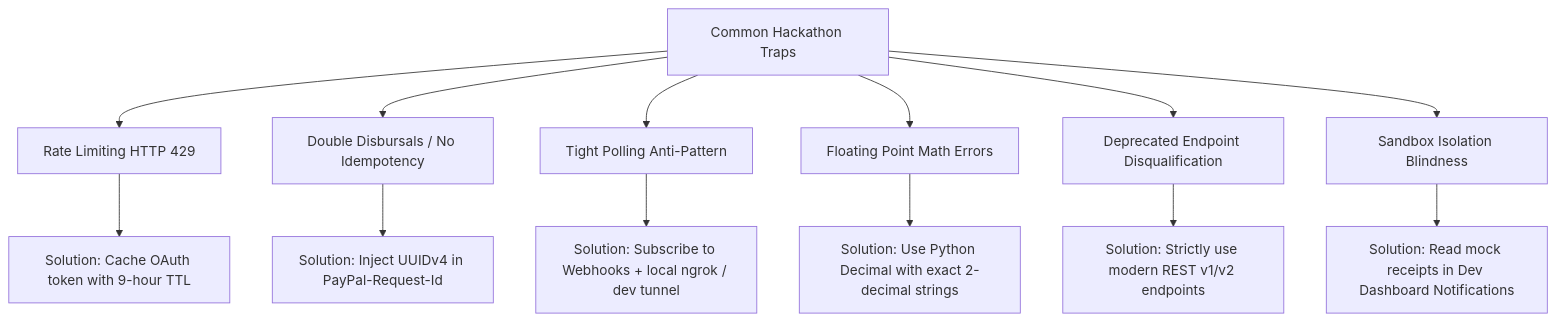
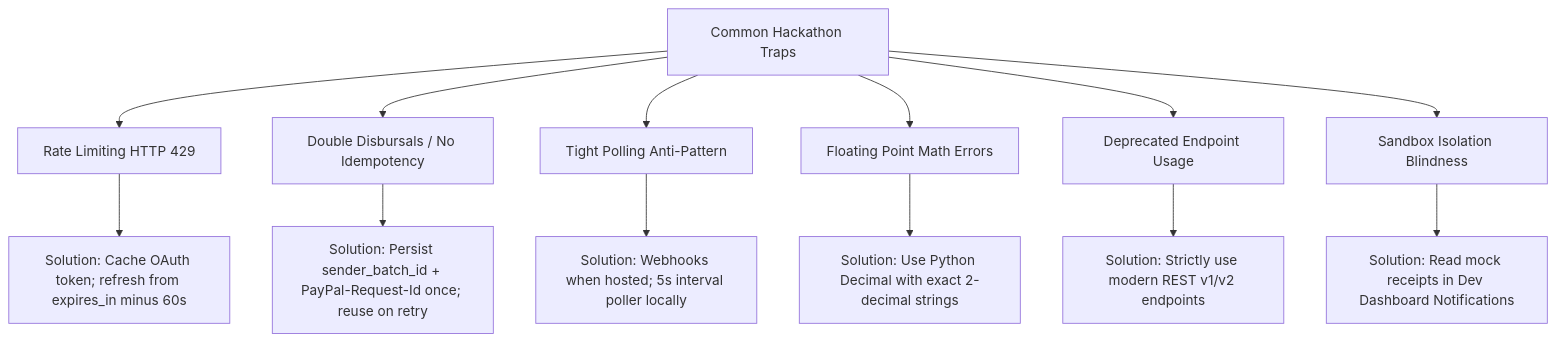
Before and after one commit to samikshasainii/PayAgent-ai: the fifth of 6 diagrams in HACKATHON_RESEARCH.md, drawn with Mermaid. The commit also changed other lines of this file and 23 other files, not shown here.

````diff
--- a/HACKATHON_RESEARCH.md
+++ b/HACKATHON_RESEARCH.md
@@ -298,16 +319,16 @@
 ```mermaid
 graph TD
     A[Common Hackathon Traps] --> B[Rate Limiting HTTP 429]
     A --> C[Double Disbursals / No Idempotency]
     A --> D[Tight Polling Anti-Pattern]
     A --> E[Floating Point Math Errors]
-    A --> F[Deprecated Endpoint Disqualification]
+    A --> F[Deprecated Endpoint Usage]
     A --> G[Sandbox Isolation Blindness]
 
-    B --> B1["Solution: Cache OAuth token with 9-hour TTL"]
-    C --> C1["Solution: Inject UUIDv4 in PayPal-Request-Id"]
-    D --> D1["Solution: Subscribe to Webhooks + local ngrok / dev tunnel"]
+    B --> B1["Solution: Cache OAuth token; refresh from expires_in minus 60s"]
+    C --> C1["Solution: Persist sender_batch_id + PayPal-Request-Id once; reuse on retry"]
+    D --> D1["Solution: Webhooks when hosted; 5s interval poller locally"]
     E --> E1["Solution: Use Python Decimal with exact 2-decimal strings"]
     F --> F1["Solution: Strictly use modern REST v1/v2 endpoints"]
     G --> G1["Solution: Read mock receipts in Dev Dashboard Notifications"]
 ```
````
